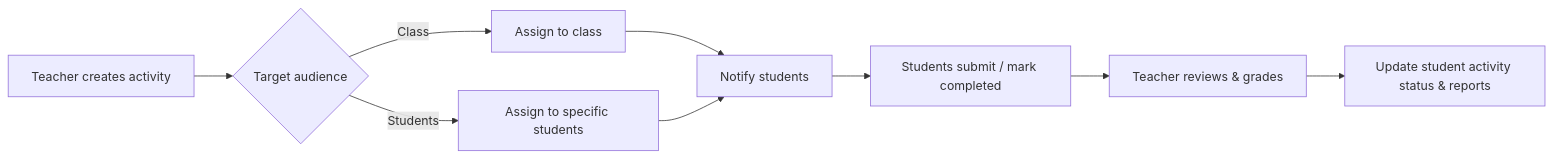
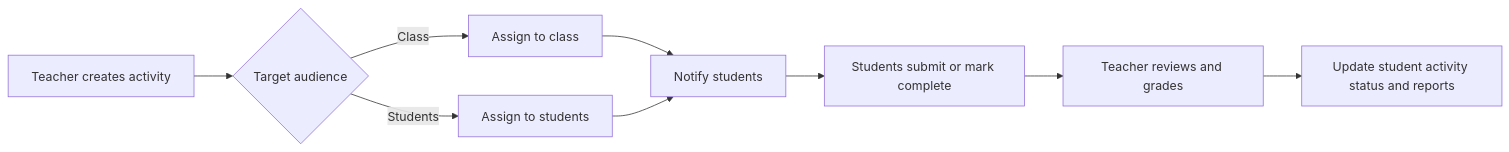
Before and after one commit to medhxnsh/Smart_Curriculum_Activity_And_Attendance: the third of 4 diagrams in Readme.md, drawn with Mermaid. The commit also changed other lines of this file, not shown here.

````diff
--- a/Readme.md
+++ b/Readme.md
@@ -274,11 +251,11 @@
 ```mermaid
 flowchart LR
-  TA[Teacher creates activity] --> AB{Target audience}
-  AB -->|Class| AC[Assign to class]
-  AB -->|Students| AD[Assign to specific students]
-  AC --> AE[Notify students]
-  AD --> AE
-  AE --> AF[Students submit / mark completed]
-  AF --> AG[Teacher reviews & grades]
-  AG --> AH[Update student activity status & reports]
+  T[Teacher creates activity] --> Chooser{Target audience}
+  Chooser -->|Class| AssignClass[Assign to class]
+  Chooser -->|Students| AssignStudents[Assign to students]
+  AssignClass --> Notify[Notify students]
+  AssignStudents --> Notify
+  Notify --> Submit[Students submit or mark complete]
+  Submit --> Review[Teacher reviews and grades]
+  Review --> Update[Update student activity status and reports]
 ```
````
